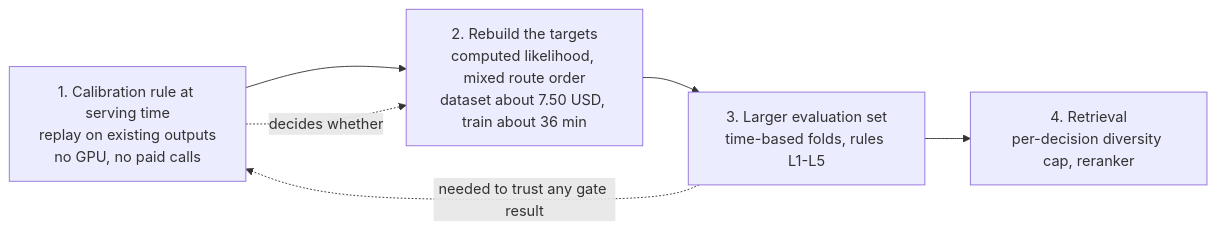
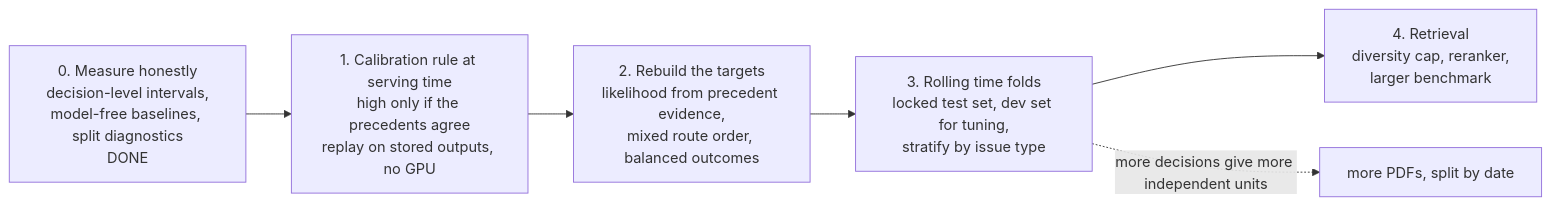
Before and after one commit to shadiwazir/cles-graph-vector-rag: the diagram in docs/08-improvement-plan.md, drawn with Mermaid. The commit also changed other lines of this file and 19 other files, not shown here.

First line of the commit message:
feat(evaluation): measure at the decision level with model-free baselines

````diff
--- a/docs/08-improvement-plan.md
+++ b/docs/08-improvement-plan.md
@@ -19,8 +19,8 @@
 ```mermaid
 flowchart LR
-    A["1. Calibration rule at serving time<br/>replay on existing outputs<br/>no GPU, no paid calls"] --> B["2. Rebuild the targets<br/>computed likelihood, mixed route order<br/>dataset about 7.50 USD, train about 36 min"]
-    B --> C["3. Larger evaluation set<br/>time-based folds, rules L1-L5"]
-    C --> D["4. Retrieval<br/>per-decision diversity cap, reranker"]
-    A -. "decides whether" .-> B
-    C -. "needed to trust any gate result" .-> A
+    S0["0. Measure honestly<br/>decision-level intervals,<br/>model-free baselines, split diagnostics<br/>DONE"] --> S1["1. Calibration rule at serving time<br/>high only if the precedents agree<br/>replay on stored outputs, no GPU"]
+    S1 --> S2["2. Rebuild the targets<br/>likelihood from precedent evidence,<br/>mixed route order, balanced outcomes"]
+    S2 --> S3["3. Rolling time folds<br/>locked test set, dev set for tuning,<br/>stratify by issue type"]
+    S3 --> S4["4. Retrieval<br/>diversity cap, reranker,<br/>larger benchmark"]
+    S3 -. "more decisions give more independent units" .-> D["more PDFs, split by date"]
 ```
````
